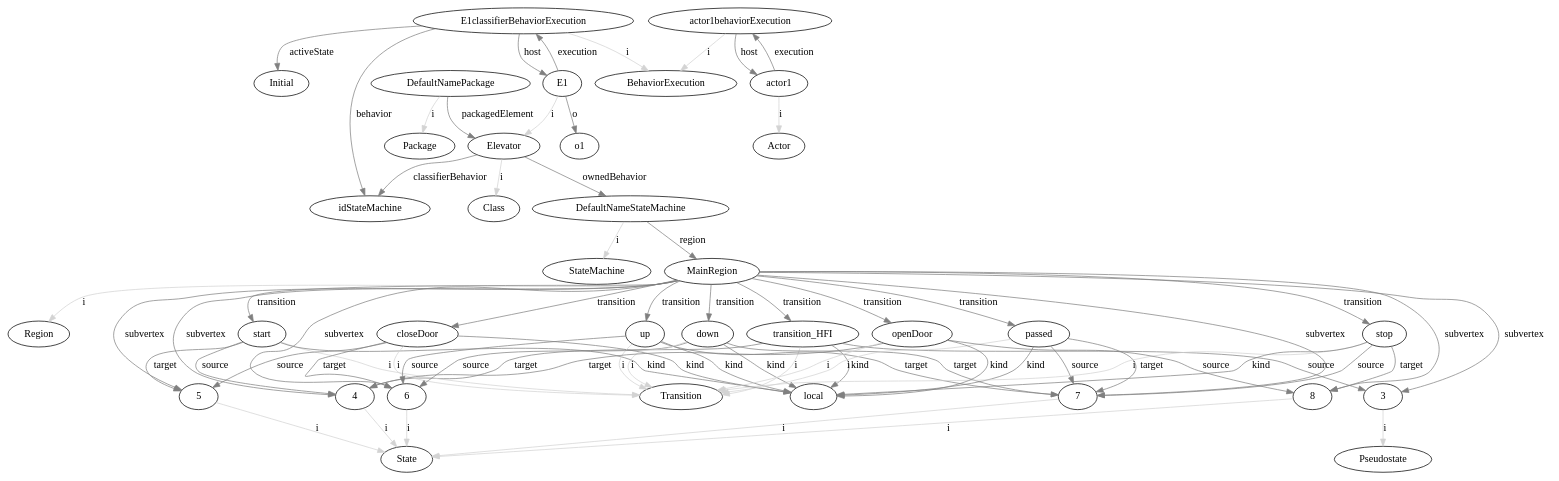
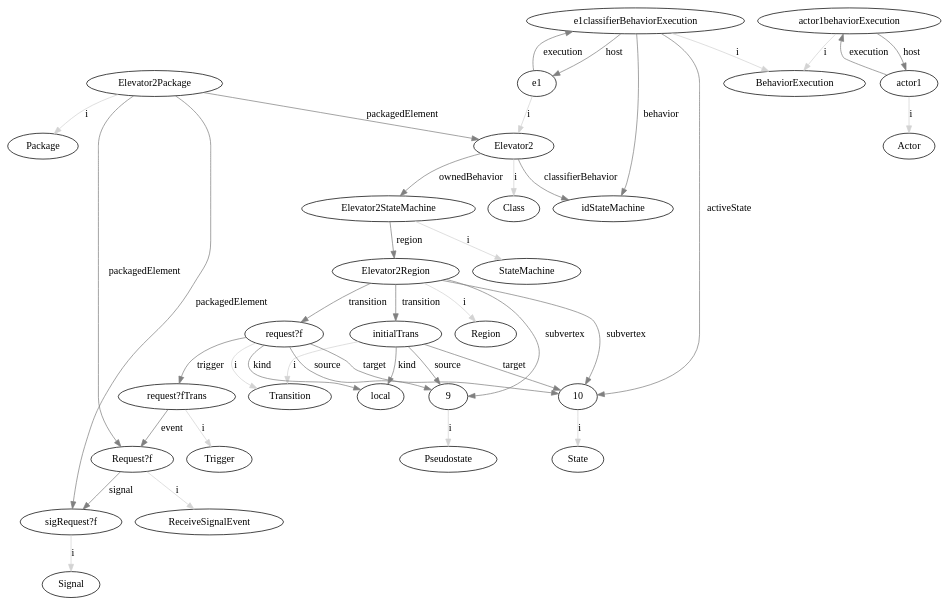
The diagram in GraphOutputs/state0.dot (luisneiva/graf-framework), drawn with Graphviz before and after one commit. The commit also changed 4 other files, not shown here.

Commit message:
Add signal, receive signal event, and trigger to elevator and elevator2 models. Transitions don't appear after loading to Graf. To fix

```diff
--- a/GraphOutputs/state0.dot
+++ b/GraphOutputs/state0.dot
@@ -1,73 +1,42 @@
 digraph umlMetamodel {
-	"DefaultNamePackage" -> "Package" [label="i", color="lightgrey"]
-	"DefaultNamePackage" -> "Elevator" [label="packagedElement", color="grey"]
-	"Elevator" -> "Class" [label="i", color="lightgrey"]
-	"Elevator" -> "idStateMachine" [label="classifierBehavior", color="grey"]
-	"Elevator" -> "DefaultNameStateMachine" [label="ownedBehavior", color="grey"]
-	"DefaultNameStateMachine" -> "StateMachine" [label="i", color="lightgrey"]
-	"DefaultNameStateMachine" -> "MainRegion" [label="region", color="grey"]
-	"MainRegion" -> "Region" [label="i", color="lightgrey"]
-	"MainRegion" -> "4" [label="subvertex", color="grey"]
-	"4" -> "State" [label="i", color="lightgrey"]
-	"MainRegion" -> "5" [label="subvertex", color="grey"]
-	"5" -> "State" [label="i", color="lightgrey"]
-	"MainRegion" -> "8" [label="subvertex", color="grey"]
-	"8" -> "State" [label="i", color="lightgrey"]
-	"MainRegion" -> "7" [label="subvertex", color="grey"]
-	"7" -> "State" [label="i", color="lightgrey"]
-	"MainRegion" -> "6" [label="subvertex", color="grey"]
-	"6" -> "State" [label="i", color="lightgrey"]
-	"MainRegion" -> "3" [label="subvertex", color="grey"]
-	"3" -> "Pseudostate" [label="i", color="lightgrey"]
-	"MainRegion" -> "transition_HFI" [label="transition", color="grey"]
-	"transition_HFI" -> "Transition" [label="i", color="lightgrey"]
-	"transition_HFI" -> "local" [label="kind", color="grey"]
-	"transition_HFI" -> "3" [label="source", color="grey"]
-	"transition_HFI" -> "4" [label="target", color="grey"]
-	"MainRegion" -> "start" [label="transition", color="grey"]
-	"start" -> "Transition" [label="i", color="lightgrey"]
-	"start" -> "local" [label="kind", color="grey"]
-	"start" -> "4" [label="source", color="grey"]
-	"start" -> "5" [label="target", color="grey"]
-	"MainRegion" -> "closeDoor" [label="transition", color="grey"]
-	"closeDoor" -> "Transition" [label="i", color="lightgrey"]
-	"closeDoor" -> "local" [label="kind", color="grey"]
-	"closeDoor" -> "5" [label="source", color="grey"]
-	"closeDoor" -> "6" [label="target", color="grey"]
-	"MainRegion" -> "up" [label="transition", color="grey"]
-	"up" -> "Transition" [label="i", color="lightgrey"]
-	"up" -> "local" [label="kind", color="grey"]
-	"up" -> "6" [label="source", color="grey"]
-	"up" -> "7" [label="target", color="grey"]
-	"MainRegion" -> "down" [label="transition", color="grey"]
-	"down" -> "Transition" [label="i", color="lightgrey"]
-	"down" -> "local" [label="kind", color="grey"]
-	"down" -> "6" [label="source", color="grey"]
-	"down" -> "7" [label="target", color="grey"]
-	"MainRegion" -> "passed" [label="transition", color="grey"]
-	"passed" -> "Transition" [label="i", color="lightgrey"]
-	"passed" -> "local" [label="kind", color="grey"]
-	"passed" -> "7" [label="source", color="grey"]
-	"passed" -> "7" [label="target", color="grey"]
-	"MainRegion" -> "stop" [label="transition", color="grey"]
-	"stop" -> "Transition" [label="i", color="lightgrey"]
-	"stop" -> "local" [label="kind", color="grey"]
-	"stop" -> "7" [label="source", color="grey"]
-	"stop" -> "8" [label="target", color="grey"]
-	"MainRegion" -> "openDoor" [label="transition", color="grey"]
-	"openDoor" -> "Transition" [label="i", color="lightgrey"]
-	"openDoor" -> "local" [label="kind", color="grey"]
-	"openDoor" -> "8" [label="source", color="grey"]
-	"openDoor" -> "4" [label="target", color="grey"]
-	"E1" -> "Elevator" [label="i", color="lightgrey"]
-	"E1" -> "o1" [label="o", color="grey"]
-	"E1classifierBehaviorExecution" -> "BehaviorExecution" [label="i", color="lightgrey"]
-	"E1" -> "E1classifierBehaviorExecution" [label="execution", color="grey"]
-	"E1classifierBehaviorExecution" -> "E1" [label="host", color="grey"]
-	"E1classifierBehaviorExecution" -> "idStateMachine" [label="behavior", color="grey"]
-	"E1classifierBehaviorExecution" -> "Initial" [label="activeState", color="grey"]
+	"Elevator2Package" -> "Package" [label="i", color="lightgrey"]
+	"Elevator2Package" -> "Elevator2" [label="packagedElement", color="grey"]
+	"Elevator2" -> "Class" [label="i", color="lightgrey"]
+	"Elevator2" -> "idStateMachine" [label="classifierBehavior", color="grey"]
+	"Elevator2" -> "Elevator2StateMachine" [label="ownedBehavior", color="grey"]
+	"Elevator2StateMachine" -> "StateMachine" [label="i", color="lightgrey"]
+	"Elevator2StateMachine" -> "Elevator2Region" [label="region", color="grey"]
+	"Elevator2Region" -> "Region" [label="i", color="lightgrey"]
+	"Elevator2Region" -> "9" [label="subvertex", color="grey"]
+	"9" -> "Pseudostate" [label="i", color="lightgrey"]
+	"Elevator2Region" -> "10" [label="subvertex", color="grey"]
+	"10" -> "State" [label="i", color="lightgrey"]
+	"Elevator2Region" -> "initialTrans" [label="transition", color="grey"]
+	"initialTrans" -> "Transition" [label="i", color="lightgrey"]
+	"initialTrans" -> "local" [label="kind", color="grey"]
+	"initialTrans" -> "9" [label="source", color="grey"]
+	"initialTrans" -> "10" [label="target", color="grey"]
+	"Elevator2Region" -> "request?f" [label="transition", color="grey"]
+	"request?f" -> "Transition" [label="i", color="lightgrey"]
+	"request?f" -> "local" [label="kind", color="grey"]
+	"request?f" -> "9" [label="source", color="grey"]
+	"request?f" -> "10" [label="target", color="grey"]
+	"request?f" -> "request?fTrans" [label="trigger", color="grey"]
+	"request?fTrans" -> "Trigger" [label="i", color="lightgrey"]
+	"request?fTrans" -> "Request?f" [label="event", color="grey"]
+	"Elevator2Package" -> "sigRequest?f" [label="packagedElement", color="grey"]
+	"sigRequest?f" -> "Signal" [label="i", color="lightgrey"]
+	"Elevator2Package" -> "Request?f" [label="packagedElement", color="grey"]
+	"Request?f" -> "ReceiveSignalEvent" [label="i", color="lightgrey"]
+	"Request?f" -> "sigRequest?f" [label="signal", color="grey"]
+	"e1" -> "Elevator2" [label="i", color="lightgrey"]
+	"e1classifierBehaviorExecution" -> "BehaviorExecution" [label="i", color="lightgrey"]
+	"e1" -> "e1classifierBehaviorExecution" [label="execution", color="grey"]
+	"e1classifierBehaviorExecution" -> "e1" [label="host", color="grey"]
+	"e1classifierBehaviorExecution" -> "idStateMachine" [label="behavior", color="grey"]
+	"e1classifierBehaviorExecution" -> "10" [label="activeState", color="grey"]
 	"actor1" -> "Actor" [label="i", color="lightgrey"]
 	"actor1behaviorExecution" -> "BehaviorExecution" [label="i", color="lightgrey"]
 	"actor1" -> "actor1behaviorExecution" [label="execution", color="grey"]
 	"actor1behaviorExecution" -> "actor1" [label="host", color="grey"]
 }
```
